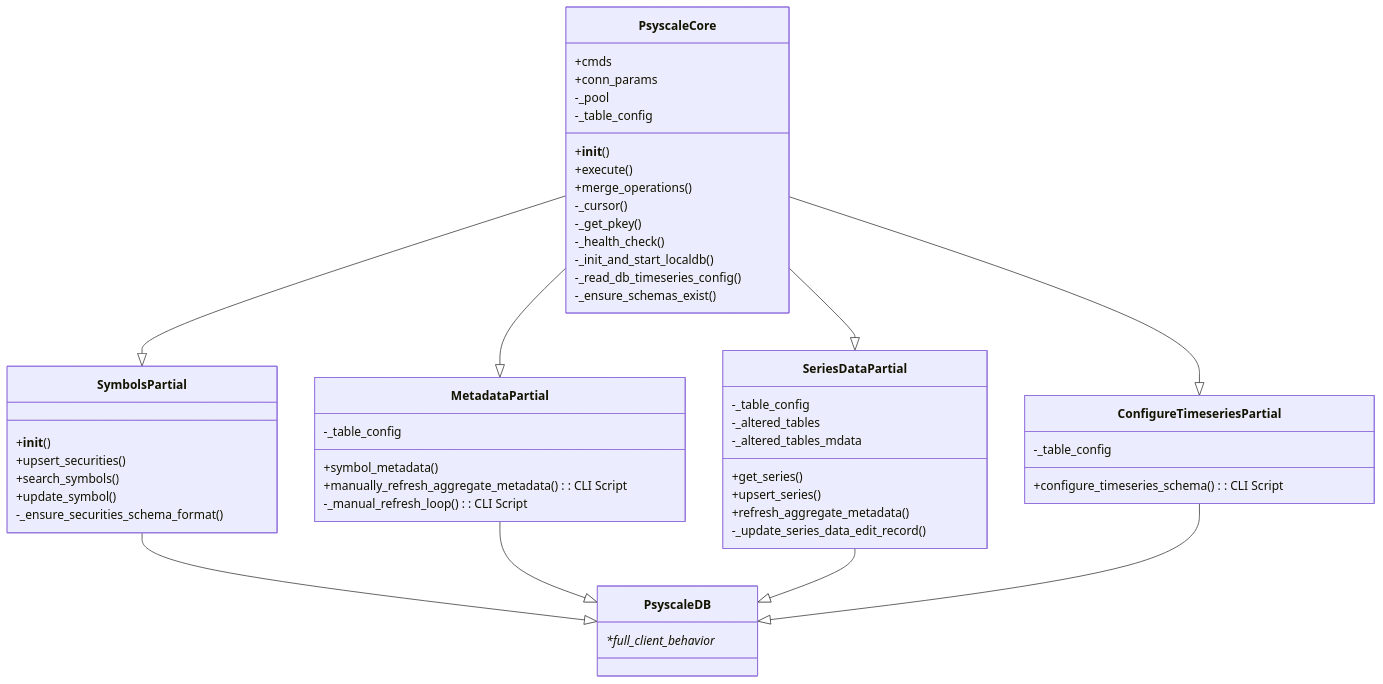
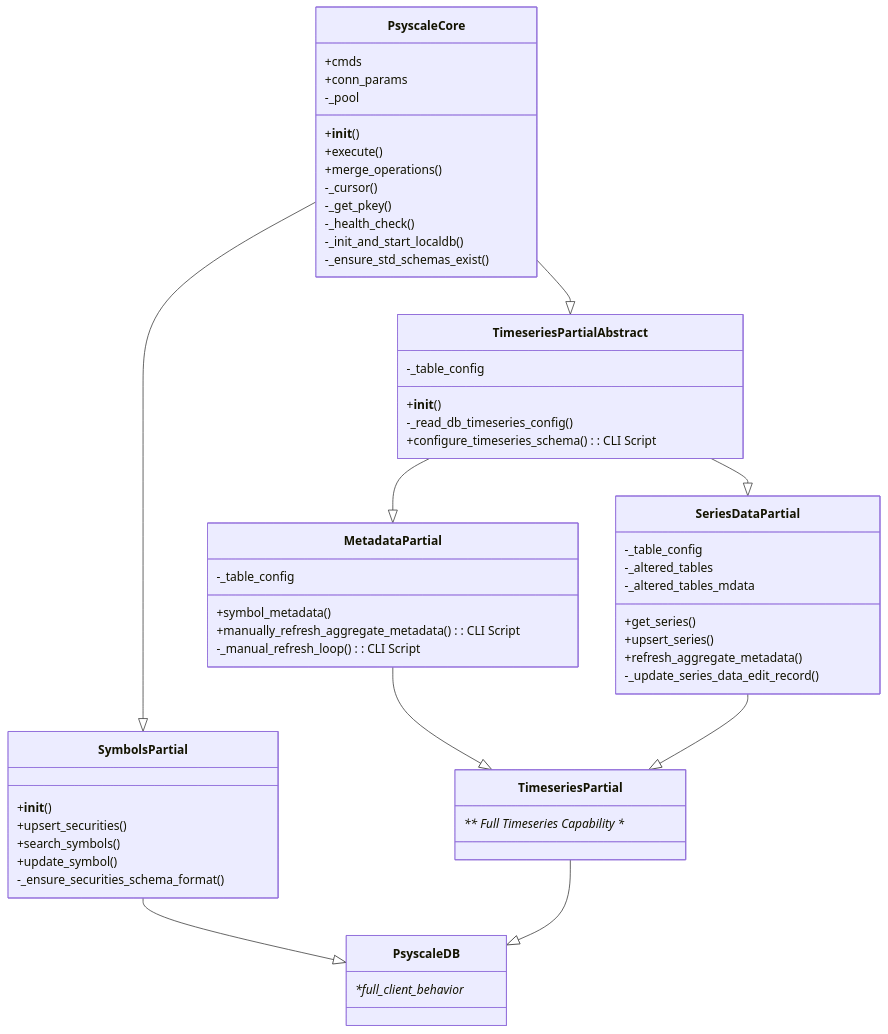
One commit to jack-of-some-trades/PsyscaleDB changed the first of 2 diagrams in docs/class_hierarchy.md. Above: the diagram before and after it, drawn with Mermaid. The commit also changed other lines of this file and 15 other files, not shown here.

Commit message:
Added inferred_metadata function, restructured timeseries partials to support using the function in get_series()

````diff
--- a/docs/class_hierarchy.md
+++ b/docs/class_hierarchy.md
@@ -2,64 +2,70 @@
 ```mermaid
 classDiagram
     class PsyscaleCore {
         +cmds
         +conn_params
         -_pool
-        -_table_config
 
         +__init__()
         +execute()
         +merge_operations()
 
         -_cursor()
         -_get_pkey()
         -_health_check()
         -_init_and_start_localdb()
+        -_ensure_std_schemas_exist()
+    }
+
+    class TimeseriesPartialAbstract {
+        -_table_config
+        +__init__()
         -_read_db_timeseries_config()
-        -_ensure_schemas_exist()
+        +configure_timeseries_schema(): CLI Script
     }
 
     class MetadataPartial {
         -_table_config
         +symbol_metadata()
         +manually_refresh_aggregate_metadata(): CLI Script
         -_manual_refresh_loop(): CLI Script
+    }
+
+    class SeriesDataPartial {
+        -_table_config
+        -_altered_tables
+        -_altered_tables_mdata
+
+        +get_series()
+        +upsert_series()
+        +refresh_aggregate_metadata()
+        -_update_series_data_edit_record()
+    }
+    
+    class TimeseriesPartial {
+        ** Full Timeseries Capability **
     }
 
     class SymbolsPartial {
         +__init__()
         +upsert_securities()
         +search_symbols()
         +update_symbol()
         -_ensure_securities_schema_format()
     }
     
-    class SeriesDataPartial {
-        -_table_config
-        -_altered_tables
-        -_altered_tables_mdata
 
-        +get_series()
-        +upsert_series()
-        +refresh_aggregate_metadata()
-        -_update_series_data_edit_record()
-    }
-
-    class ConfigureTimeseriesPartial {
-        -_table_config
-        +configure_timeseries_schema(): CLI Script
-    }
 
     class PsyscaleDB {
         **full_client_behavior**
     }
 
     SymbolsPartial --|> PsyscaleDB
-    MetadataPartial --|> PsyscaleDB
-    SeriesDataPartial --|> PsyscaleDB
-    ConfigureTimeseriesPartial --|> PsyscaleDB
+    MetadataPartial --|> TimeseriesPartial
+    SeriesDataPartial --|> TimeseriesPartial
+    TimeseriesPartialAbstract --|> MetadataPartial
+    TimeseriesPartialAbstract --|> SeriesDataPartial
+    TimeseriesPartial --|> PsyscaleDB
     PsyscaleCore --|> SymbolsPartial
-    PsyscaleCore --|> MetadataPartial
-    PsyscaleCore --|> SeriesDataPartial
-    PsyscaleCore --|> ConfigureTimeseriesPartial
+    PsyscaleCore --|> TimeseriesPartialAbstract
 ```
````
